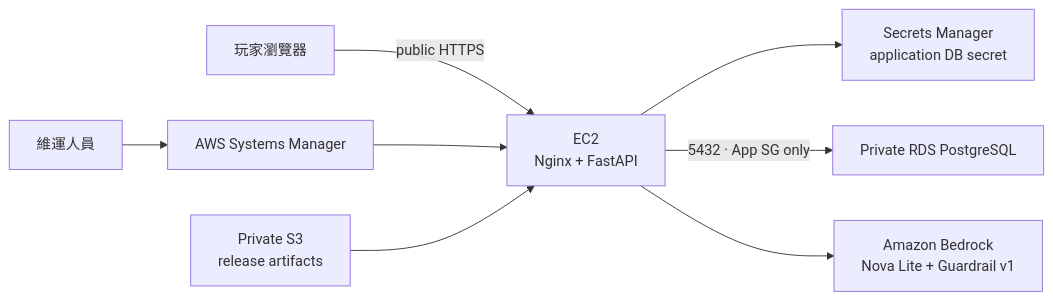
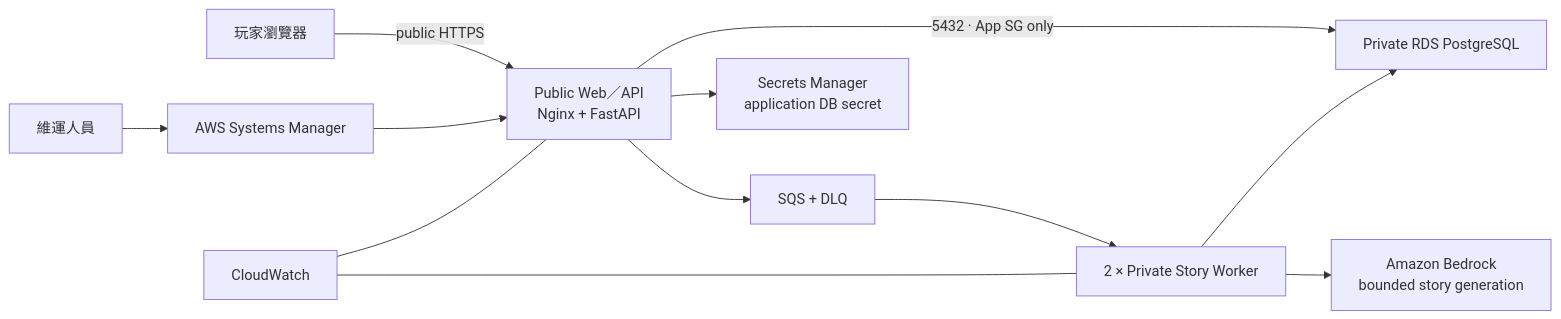
Before and after one commit to ChaoMing0815/AWS-cloud-lab: the diagram in README.md, drawn with Mermaid. The commit also changed other lines of this file and 27 other files, not shown here.

````diff
--- a/README.md
+++ b/README.md
@@ -23,9 +25,13 @@
 ```mermaid
 flowchart LR
     U["玩家瀏覽器"] -->|"public HTTPS"| EC2
     OP["維運人員"] --> SSM["AWS Systems Manager"] --> EC2
-    S3["Private S3<br/>release artifacts"] --> EC2["EC2<br/>Nginx + FastAPI"]
+    EC2["Public Web／API<br/>Nginx + FastAPI"] --> Q["SQS + DLQ"]
+    Q --> W["2 × Private Story Worker"]
     EC2 --> SM["Secrets Manager<br/>application DB secret"]
     EC2 -->|"5432 · App SG only"| RDS["Private RDS PostgreSQL"]
-    EC2 --> BR["Amazon Bedrock<br/>Nova Lite + Guardrail v1"]
+    W --> RDS
+    W --> BR["Amazon Bedrock<br/>bounded story generation"]
+    CW["CloudWatch"] --- EC2
+    CW --- W
 ```
````
